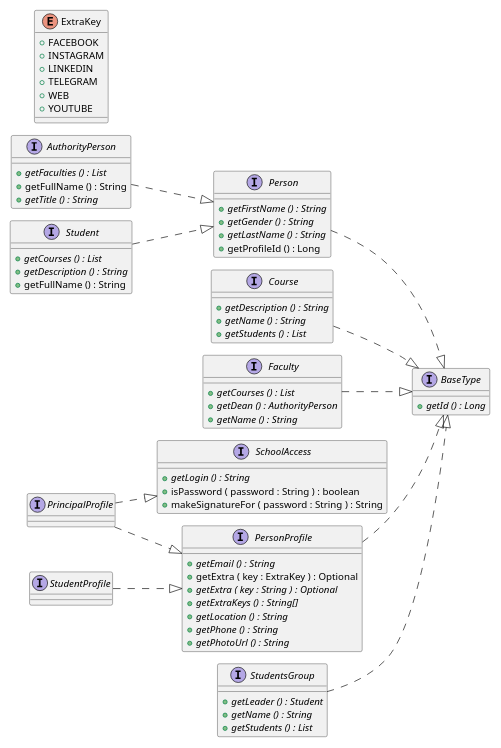
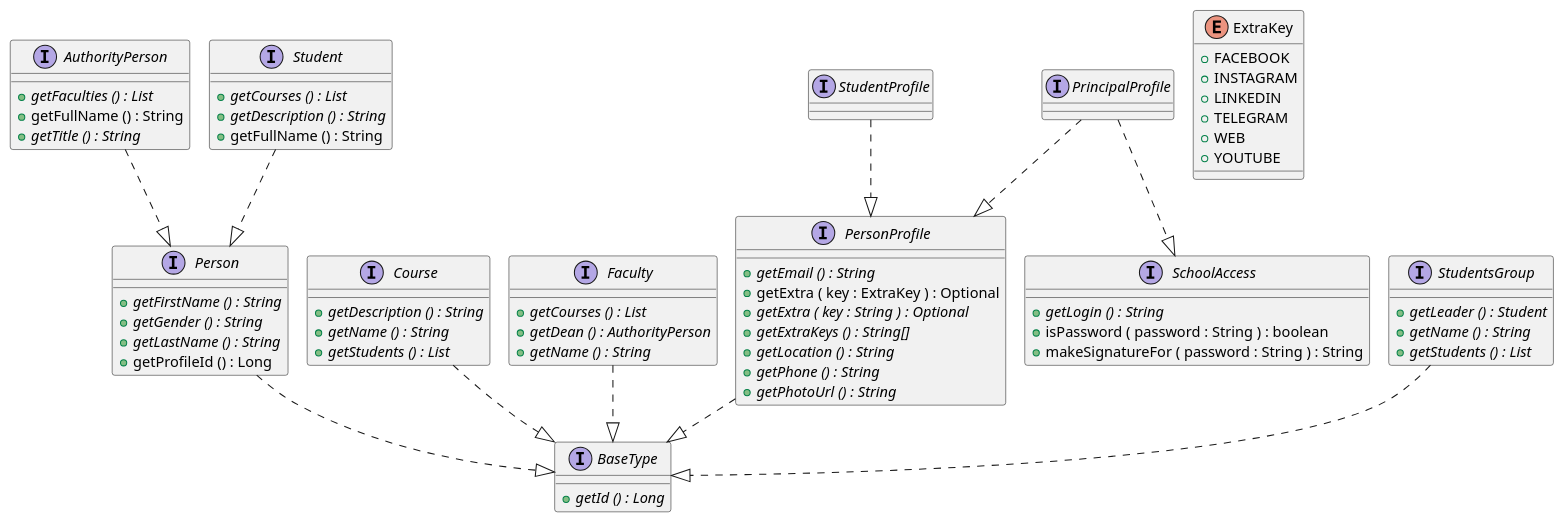
Before and after one commit to OlegSopilnyak/school-demo: the diagram in common/documentation/puml/class-diagrams/CommonDataModel.puml, drawn with PlantUML. The commit also changed 34 other files, not shown here.

```diff
--- a/common/documentation/puml/class-diagrams/CommonDataModel.puml
+++ b/common/documentation/puml/class-diagrams/CommonDataModel.puml
@@ -3,106 +3,102 @@
 @startuml
 !pragma layout smetana
-
-left to right direction
-scale 2/3
-
 
 interface AuthorityPerson {
 	{method}  {abstract} +getFaculties () : List
 	{method} +getFullName () : String
 	{method}  {abstract} +getTitle () : String
 }
 
 
 interface BaseType {
 	{method}  {abstract} +getId () : Long
 }
 
 
 interface Course {
 	{method}  {abstract} +getDescription () : String
 	{method}  {abstract} +getName () : String
 	{method}  {abstract} +getStudents () : List
 }
 
 
 enum ExtraKey {
 	{field} +FACEBOOK
 	{field} +INSTAGRAM
 	{field} +LINKEDIN
 	{field} +TELEGRAM
 	{field} +WEB
 	{field} +YOUTUBE
 }
 
 
 interface Faculty {
 	{method}  {abstract} +getCourses () : List
 	{method}  {abstract} +getDean () : AuthorityPerson
 	{method}  {abstract} +getName () : String
 }
 
 
 interface Person {
 	{method}  {abstract} +getFirstName () : String
 	{method}  {abstract} +getGender () : String
 	{method}  {abstract} +getLastName () : String
 	{method} +getProfileId () : Long
 }
 
 
 interface PersonProfile {
 	{method}  {abstract} +getEmail () : String
 	{method} +getExtra ( key : ExtraKey ) : Optional
 	{method}  {abstract} +getExtra ( key : String ) : Optional
 	{method}  {abstract} +getExtraKeys () : String[]
 	{method}  {abstract} +getLocation () : String
 	{method}  {abstract} +getPhone () : String
 	{method}  {abstract} +getPhotoUrl () : String
 }
 
 
 interface PrincipalProfile {
 }
 
 
 interface SchoolAccess {
 	{method}  {abstract} +getLogin () : String
 	{method} +isPassword ( password : String ) : boolean
 	{method} +makeSignatureFor ( password : String ) : String
 }
 
 
 interface Student {
 	{method}  {abstract} +getCourses () : List
 	{method}  {abstract} +getDescription () : String
 	{method} +getFullName () : String
 }
 
 
 interface StudentProfile {
 }
 
 
 interface StudentsGroup {
 	{method}  {abstract} +getLeader () : Student
 	{method}  {abstract} +getName () : String
 	{method}  {abstract} +getStudents () : List
 }
 
 
 
 
 AuthorityPerson ..|>  Person
 Course ..|>  BaseType
 Faculty ..|>  BaseType
 Person ..|>  BaseType
 PersonProfile ..|>  BaseType
 PrincipalProfile ..|>  PersonProfile
 PrincipalProfile ..|>  SchoolAccess
 Student ..|>  Person
 StudentProfile ..|>  PersonProfile
 StudentsGroup ..|>  BaseType
 
 
 @enduml
```
